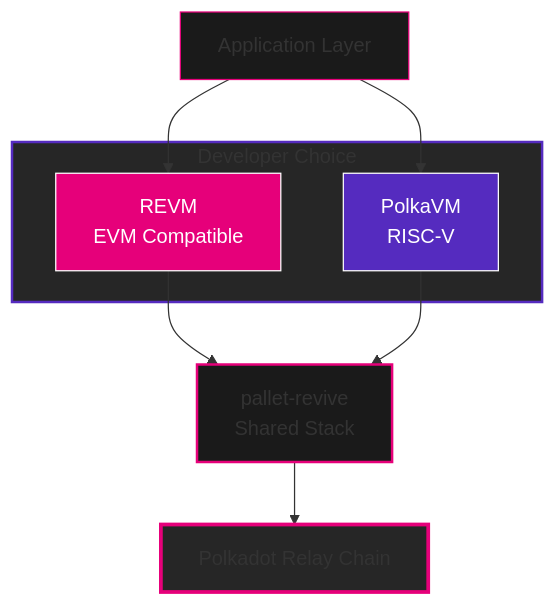
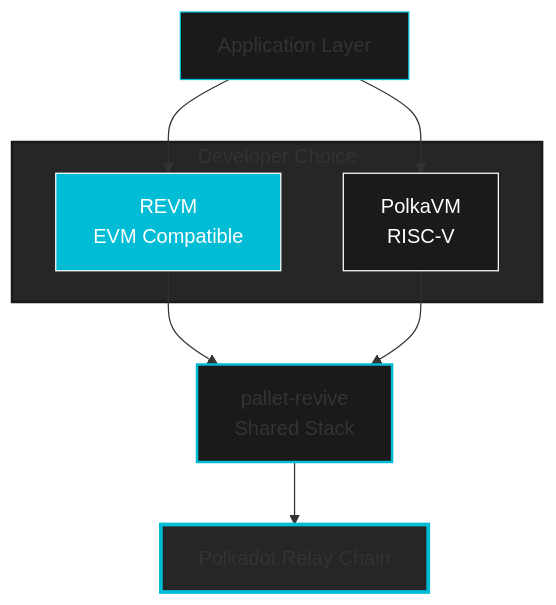
One commit to openguild-labs/polkadot-codecamp changed the third of 4 diagrams in slides/introduction-to-polkadot-solidity.md. Above: the diagram before and after it, drawn with Mermaid. The commit also changed other lines of this file and 6 other files, not shown here.

````diff
--- a/slides/introduction-to-polkadot-solidity.md
+++ b/slides/introduction-to-polkadot-solidity.md
@@ -246,25 +246,25 @@
 ```mermaid
 graph TB
     APP[Application Layer]
 
     subgraph DC[Developer Choice]
         REVM[REVM<br/>EVM Compatible]
         POLKAVM[PolkaVM<br/>RISC-V]
     end
 
     PALLET[pallet-revive<br/>Shared Stack]
     RELAY[Polkadot Relay Chain]
 
     APP --> REVM
     APP --> POLKAVM
     REVM --> PALLET
     POLKAVM --> PALLET
     PALLET --> RELAY
 
-    style APP fill:#1a1a1a,stroke:#E6007A
-    style DC fill:#262626,stroke:#552BBF,stroke-width:2px
-    style REVM fill:#E6007A,stroke:#fff,color:#fff
-    style POLKAVM fill:#552BBF,stroke:#fff,color:#fff
-    style PALLET fill:#1a1a1a,stroke:#E6007A,stroke-width:2px
-    style RELAY fill:#262626,stroke:#E6007A,stroke-width:3px
+    style APP fill:#1a1a1a,stroke:#00BCD4
+    style DC fill:#262626,stroke:#1a1a1a,stroke-width:2px
+    style REVM fill:#00BCD4,stroke:#fff,color:#fff
+    style POLKAVM fill:#1a1a1a,stroke:#fff,color:#fff
+    style PALLET fill:#1a1a1a,stroke:#00BCD4,stroke-width:2px
+    style RELAY fill:#262626,stroke:#00BCD4,stroke-width:3px
 ```
````
